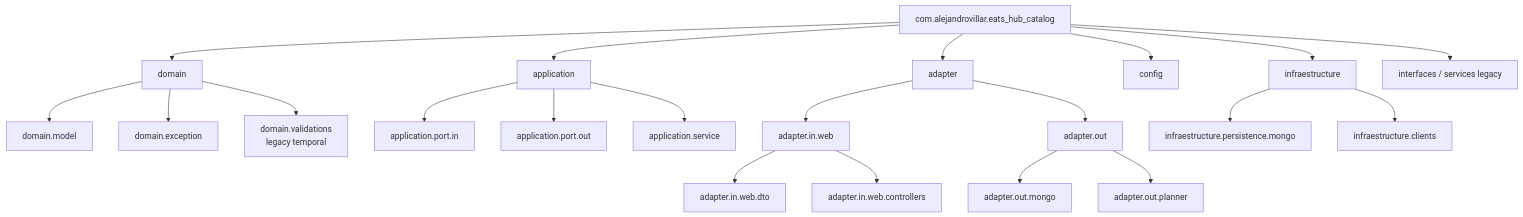
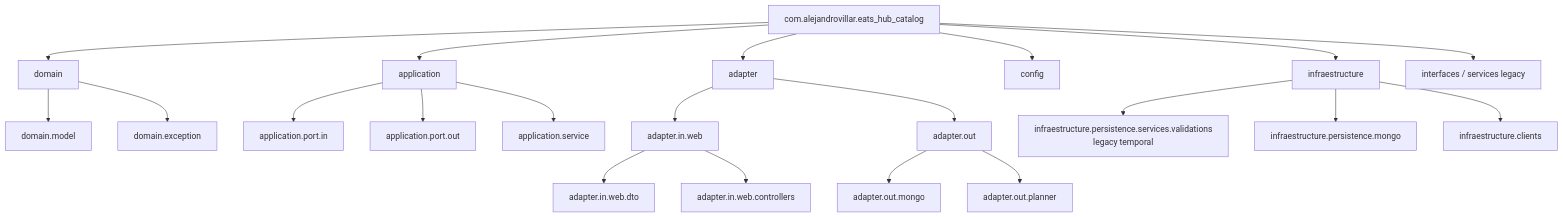
Before and after one commit to Siralexisstar/eats-hub-project: the fifth of 7 diagrams in eats_hub_catalog/docs/diagramas-arquitectura-hexagonal.md, drawn with Mermaid. The commit also changed other lines of this file and 9 other files, not shown here.

Commit message:
refactor reservation validation and exception handling for hexagonal architecture

````diff
--- a/eats_hub_catalog/docs/diagramas-arquitectura-hexagonal.md
+++ b/eats_hub_catalog/docs/diagramas-arquitectura-hexagonal.md
@@ -202,31 +202,31 @@
 ```mermaid
 flowchart TB
     ROOT["com.alejandrovillar.eats_hub_catalog"]
 
     ROOT --> DOMAIN["domain"]
     ROOT --> APPLICATION["application"]
     ROOT --> ADAPTER["adapter"]
     ROOT --> CONFIG["config"]
     ROOT --> INFRA["infraestructure"]
     ROOT --> LEGACY["interfaces / services legacy"]
 
     DOMAIN --> DMODEL["domain.model"]
     DOMAIN --> DEX["domain.exception"]
-    DOMAIN --> DVALID["domain.validations<br/>legacy temporal"]
+    INFRA --> LEGACY_VALID["infraestructure.persistence.services.validations<br/>legacy temporal"]
 
     APPLICATION --> PIN["application.port.in"]
     APPLICATION --> POUT["application.port.out"]
     APPLICATION --> ASVC["application.service"]
 
     ADAPTER --> AIN["adapter.in.web"]
     ADAPTER --> AOUT["adapter.out"]
 
     AIN --> ADTOS["adapter.in.web.dto"]
     AIN --> ACTRL["adapter.in.web.controllers"]
 
     AOUT --> AMONGO["adapter.out.mongo"]
     AOUT --> APLANNER["adapter.out.planner"]
 
     INFRA --> MONGO["infraestructure.persistence.mongo"]
     INFRA --> CLIENTS["infraestructure.clients"]
 ```
````
